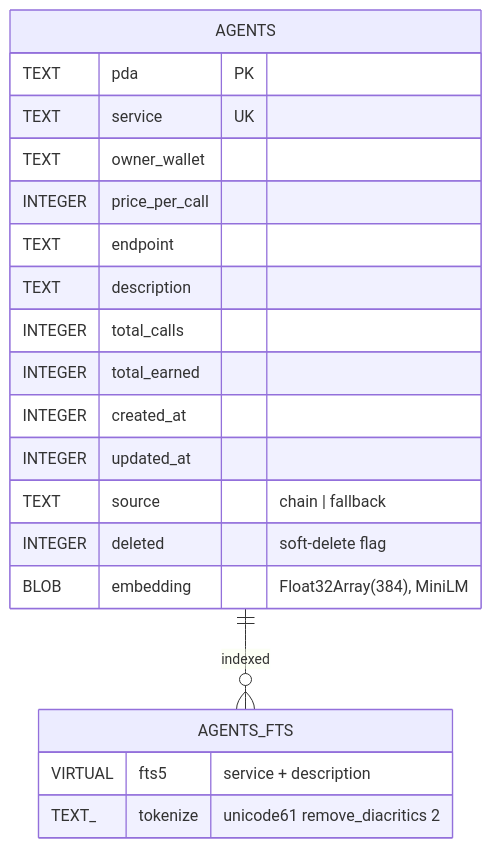
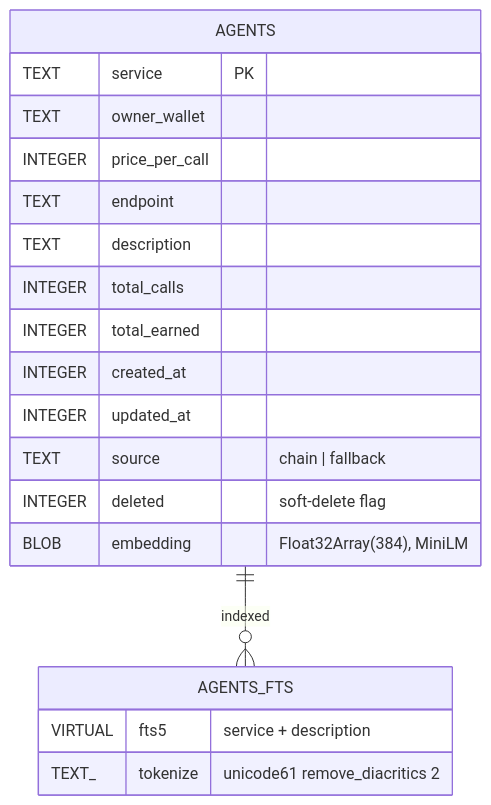
One commit to CoKeFish/kiba changed the ninth of 11 diagrams in docs/architecture.md. Above: the diagram before and after it, drawn with Mermaid. The commit also changed other lines of this file and 52 other files, not shown here.

First line of the commit message:
docs+assets: Stellar/Soroban README & architecture + kiba raster

````diff
--- a/docs/architecture.md
+++ b/docs/architecture.md
@@ -467,23 +466,22 @@
 ```mermaid
 erDiagram
     AGENTS ||--o{ AGENTS_FTS : indexed
     AGENTS {
-        TEXT pda PK
-        TEXT service UK
+        TEXT service PK
         TEXT owner_wallet
         INTEGER price_per_call
         TEXT endpoint
         TEXT description
         INTEGER total_calls
         INTEGER total_earned
         INTEGER created_at
         INTEGER updated_at
         TEXT source "chain | fallback"
         INTEGER deleted "soft-delete flag"
         BLOB embedding "Float32Array(384), MiniLM"
     }
     AGENTS_FTS {
         VIRTUAL fts5 "service + description"
         TEXT_ tokenize "unicode61 remove_diacritics 2"
     }
 ```
````
